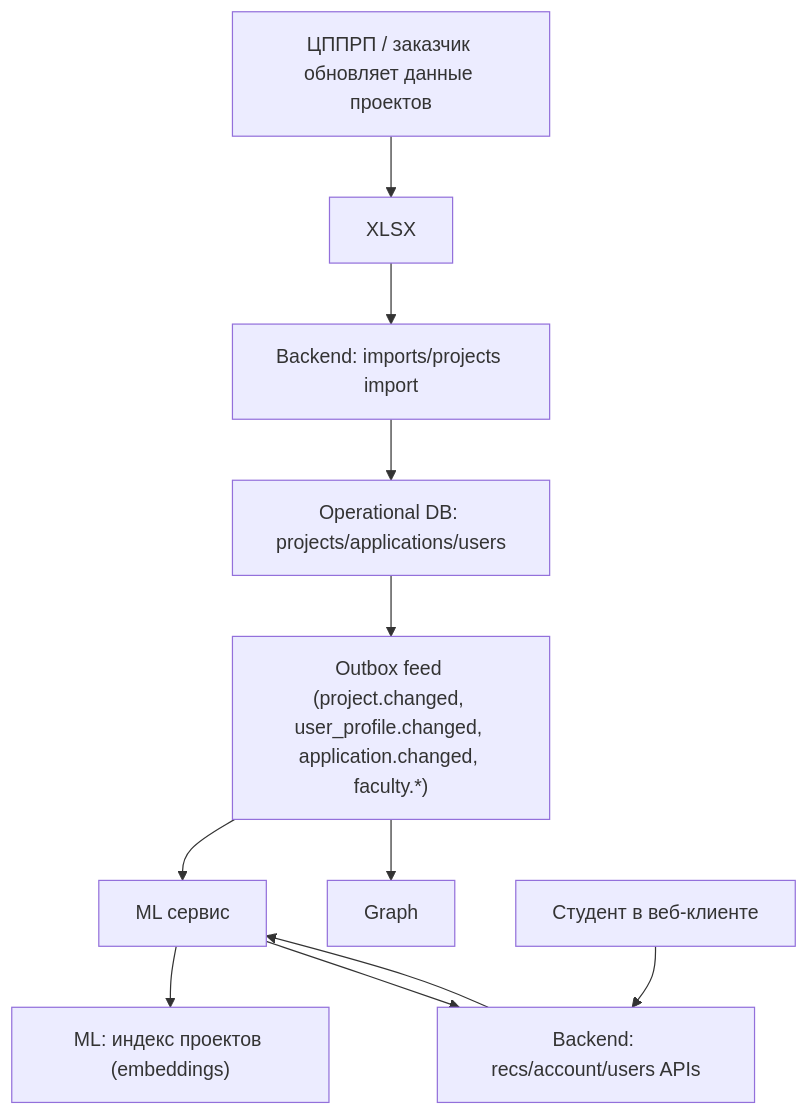
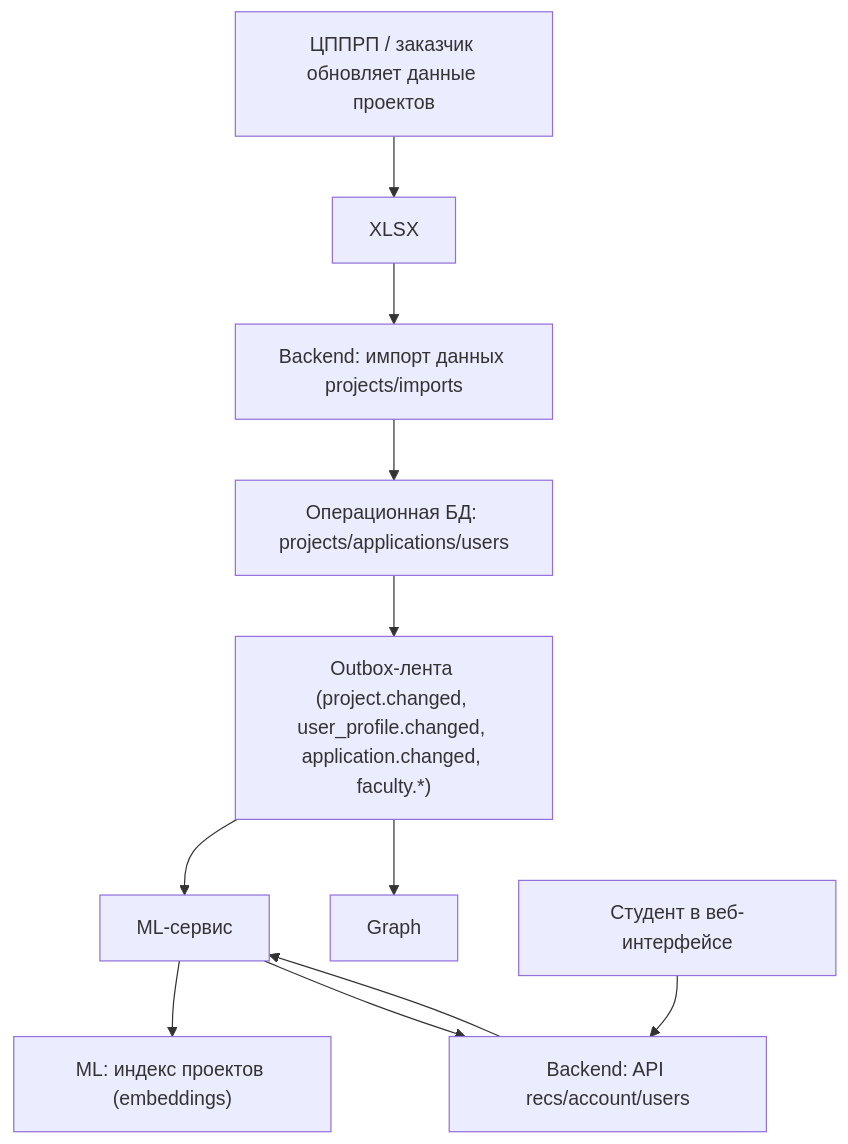
The second of 2 diagrams in docs/architecture/adr/ADR-002.md (krevetka-is-afk/Digital-Student-Assistant), drawn with Mermaid before and after one commit. The commit also changed other lines of this file and 10 other files, not shown here.

First line of the commit message:
Refactor architectural decision documents and integration guidelines

````diff
--- a/docs/architecture/adr/ADR-002.md
+++ b/docs/architecture/adr/ADR-002.md
@@ -36,25 +36,25 @@
 ```mermaid
 graph TD
     CP["ЦППРП / заказчик обновляет данные проектов"]
     SHEET["XLSX"]
-    IM["Backend: imports/projects import"]
-    PRJ["Operational DB: projects/applications/users"]
-    OUTBOX["Outbox feed (project.changed, user_profile.changed, application.changed, faculty.*)"]
-    MLS["ML сервис"]
+    IM["Backend: импорт данных projects/imports"]
+    PRJ["Операционная БД: projects/applications/users"]
+    OUTBOX["Outbox-лента (project.changed, user_profile.changed, application.changed, faculty.*)"]
+    MLS["ML-сервис"]
     GRAPH["Graph"]
     EMB["ML: индекс проектов (embeddings)"]
-    ST["Студент в веб-клиенте"]
-    API["Backend: recs/account/users APIs"]
+    ST["Студент в веб-интерфейсе"]
+    API["Backend: API recs/account/users"]
 
     CP --> SHEET
     SHEET --> IM
     IM --> PRJ
     PRJ --> OUTBOX
     OUTBOX --> MLS
     OUTBOX --> GRAPH
     MLS --> EMB
 
     ST --> API
     API --> MLS
     MLS --> API
 ```
````
